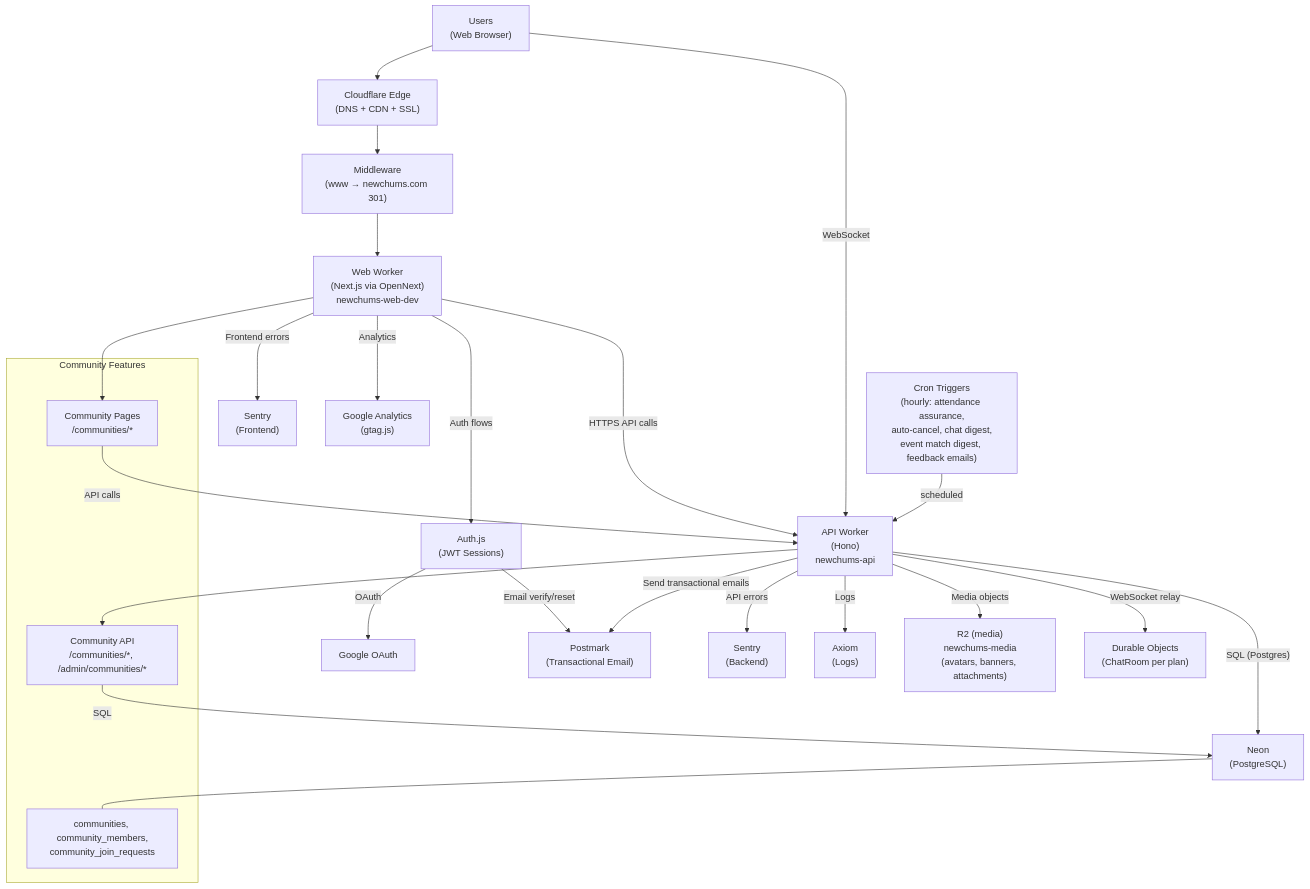
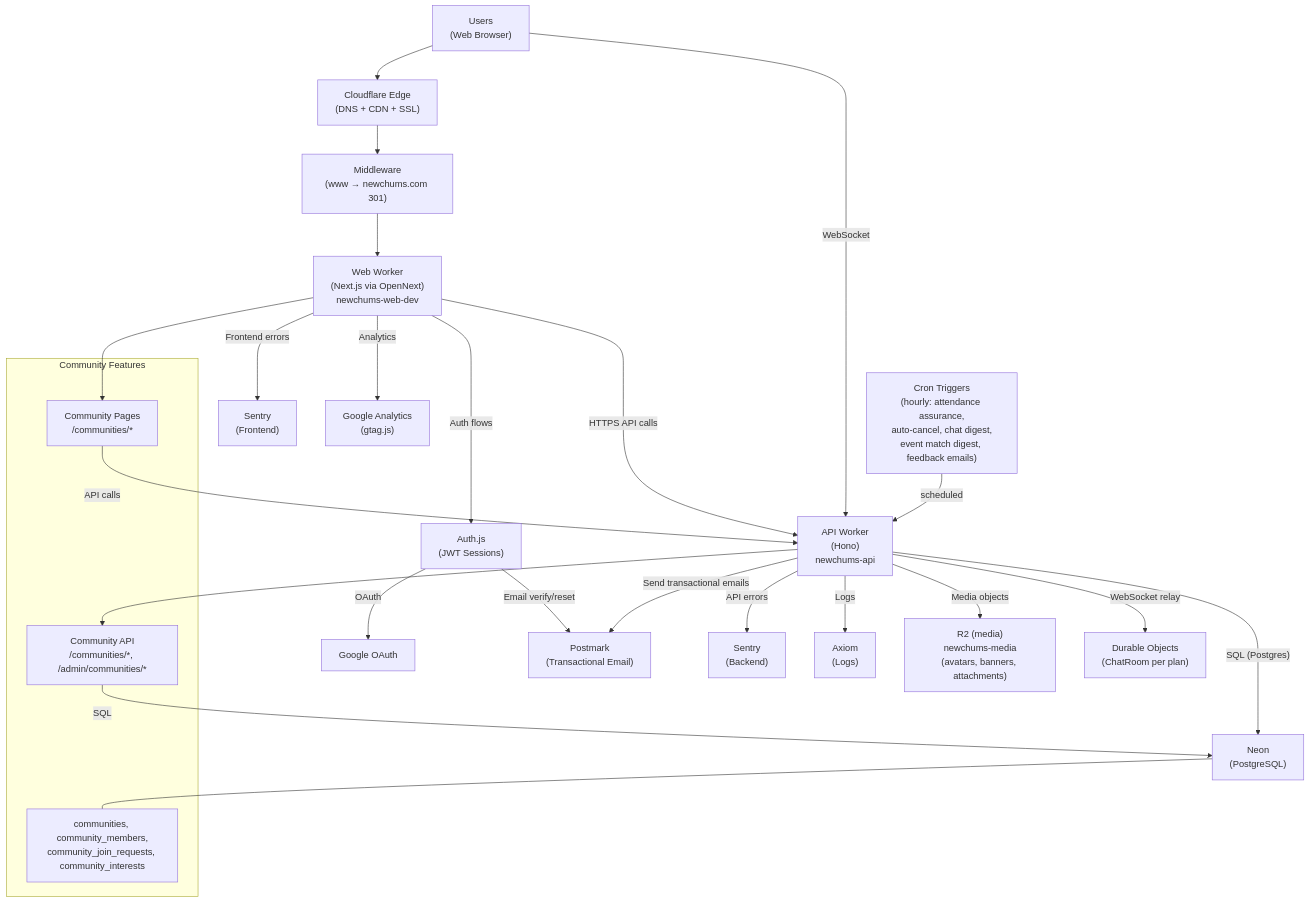
The first of 4 diagrams in docs/System_Map.md (RSS705/newchums), drawn with Mermaid before and after one commit. The commit also changed other lines of this file and 9 other files, not shown here.

````diff
--- a/docs/System_Map.md
+++ b/docs/System_Map.md
@@ -27,36 +27,36 @@
 ```mermaid
 flowchart TB
   U["Users<br/>(Web Browser)"] --> CF["Cloudflare Edge<br/>(DNS + CDN + SSL)"]
   CF --> MW["Middleware<br/>(www → newchums.com 301)"]
   MW --> W["Web Worker<br/>(Next.js via OpenNext)<br/>newchums-web-dev"]
 
   W -->|"HTTPS API calls"| API["API Worker<br/>(Hono)<br/>newchums-api"]
   API -->|"SQL (Postgres)"| DB["Neon<br/>(PostgreSQL)"]
 
   W -->|"Auth flows"| AUTH["Auth.js<br/>(JWT Sessions)"]
   AUTH -->|"OAuth"| GOOGLE["Google OAuth"]
   AUTH -->|"Email verify/reset"| PM["Postmark<br/>(Transactional Email)"]
   API -->|"Send transactional emails"| PM
 
   W -->|"Frontend errors"| SENTRY_FE["Sentry<br/>(Frontend)"]
   API -->|"API errors"| SENTRY_BE["Sentry<br/>(Backend)"]
   API -->|"Logs"| AX["Axiom<br/>(Logs)"]
   W -->|"Analytics"| GA["Google Analytics<br/>(gtag.js)"]
 
   API -->|"Media objects"| R2["R2 (media)<br/>newchums-media<br/>(avatars, banners, attachments)"]
   API -->|"WebSocket relay"| DO["Durable Objects<br/>(ChatRoom per plan)"]
   U -->|"WebSocket"| API
   CRON["Cron Triggers<br/>(hourly: attendance assurance,<br/>auto-cancel, chat digest,<br/>event match digest, feedback emails)"] -->|"scheduled"| API
 
   subgraph "Community Features"
     COMM_PAGES["Community Pages<br/>/communities/*"]
     COMM_API["Community API<br/>/communities/*, /admin/communities/*"]
-    COMM_TABLES["communities, community_members,<br/>community_join_requests"]
+    COMM_TABLES["communities, community_members,<br/>community_join_requests, community_interests"]
   end
 
   W --> COMM_PAGES
   COMM_PAGES -->|"API calls"| API
   API --> COMM_API
   COMM_API -->|"SQL"| DB
   DB --- COMM_TABLES
 ```
````
